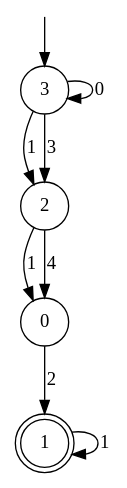
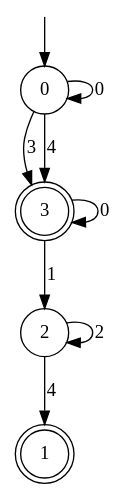
Before and after one commit to xinqin23/ShapeIt: the diagram in automaton_to_regex/automaton.dot, drawn with Graphviz. The commit also changed 3 other files, not shown here.

```diff
--- a/automaton_to_regex/automaton.dot
+++ b/automaton_to_regex/automaton.dot
@@ -1,18 +1,18 @@
 digraph g {
 
 	s0 [shape="circle" label="0"];
 	s1 [shape="doublecircle" label="1"];
 	s2 [shape="circle" label="2"];
-	s3 [shape="circle" label="3"];
-	s0 -> s1 [label="2"];
-	s1 -> s1 [label="1"];
-	s2 -> s0 [label="1"];
-	s2 -> s0 [label="4"];
+	s3 [shape="doublecircle" label="3"];
+	s0 -> s0 [label="0"];
+	s0 -> s3 [label="3"];
+	s0 -> s3 [label="4"];
+	s2 -> s2 [label="2"];
+	s2 -> s1 [label="4"];
 	s3 -> s3 [label="0"];
 	s3 -> s2 [label="1"];
-	s3 -> s2 [label="3"];
 
 __start0 [label="" shape="none" width="0" height="0"];
-__start0 -> s3;
+__start0 -> s0;
 
 }
```
